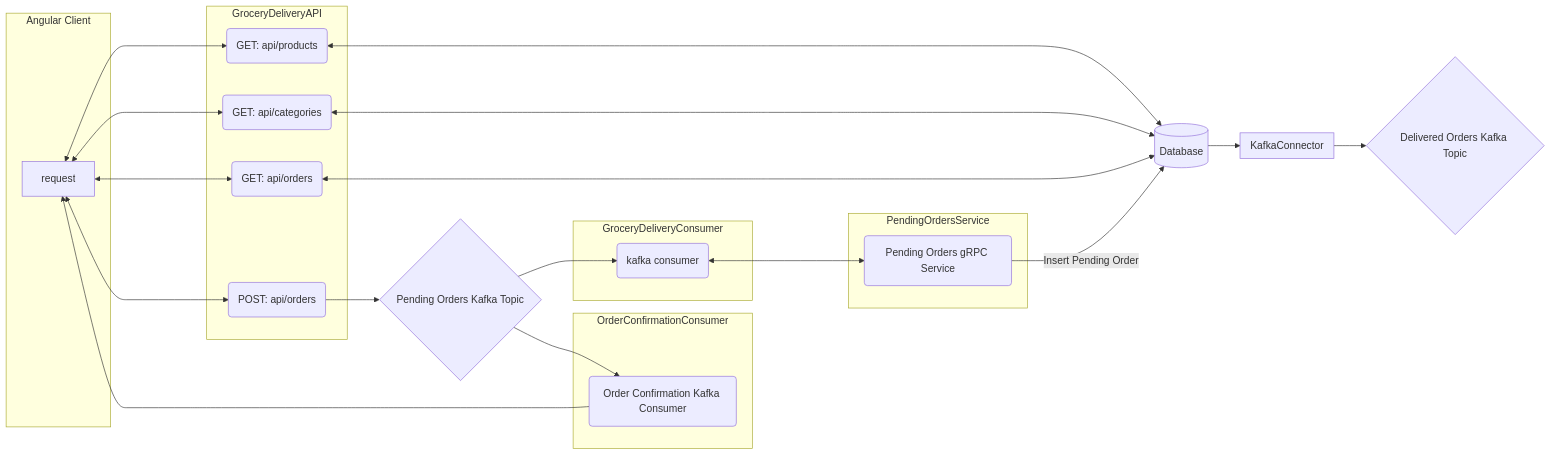
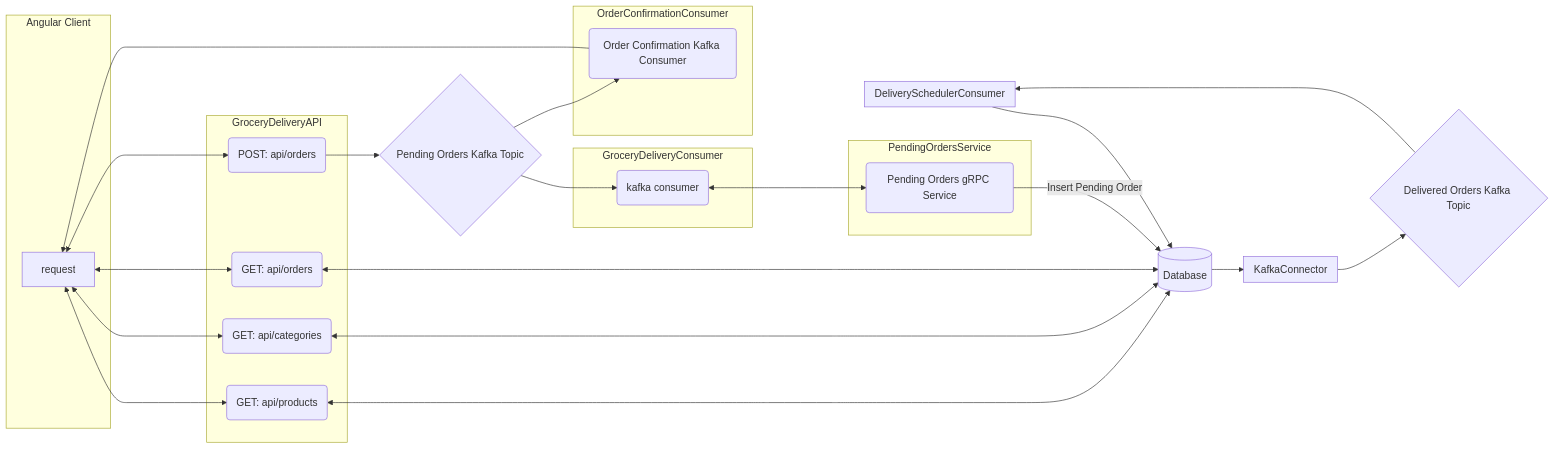
One commit to R-Hurl/grocery-delivery-service changed the diagram in README.md. Above: the diagram before and after it, drawn with Mermaid.

Commit message:
Finished Mermaid Diagram in README

````diff
--- a/README.md
+++ b/README.md
@@ -35,43 +35,47 @@
 ```mermaid
 flowchart LR;
     request <----> products;
     request <----> categories;
     request <----> getOrders;
     request <----> submitOrder;
     products <----> database;
     categories <----> database;
     getOrders <----> database;
     submitOrder --> pendingOrdersTopic;
     pendingOrdersTopic --> kafkaconsumer;
     pendingOrdersTopic --> orderConfirmationConsumer;
     kafkaconsumer <----> pendingOrdersGrpc;
     pendingOrdersGrpc -->|Insert Pending Order| database;
     orderConfirmationConsumer --> request;
     database --> KafkaConnector;
     KafkaConnector --> deliveredOrdersTopic;
+    deliveredOrdersTopic --> DeliverySchedulerConsumer;
+    DeliverySchedulerConsumer --> database;
 
     database[(Database)];
     pendingOrdersTopic{Pending Orders Kafka Topic};
     deliveredOrdersTopic{Delivered Orders Kafka Topic};
 
     subgraph Angular Client;
     request;
     end;
     subgraph GroceryDeliveryAPI;
     products(GET: api/products);
     categories(GET: api/categories);
     getOrders(GET: api/orders);
     submitOrder(POST: api/orders);
     end;
     subgraph GroceryDeliveryConsumer;
     kafkaconsumer(kafka consumer);
     end;
     subgraph PendingOrdersService;
     pendingOrdersGrpc(Pending Orders gRPC Service);
     end;
     subgraph OrderConfirmationConsumer;
     orderConfirmationConsumer(Order Confirmation Kafka Consumer);
     end;
     subgraph KafkaConnector;
     end;
+    subgraph DeliverySchedulerConsumer;
+    end;
 ```
````
